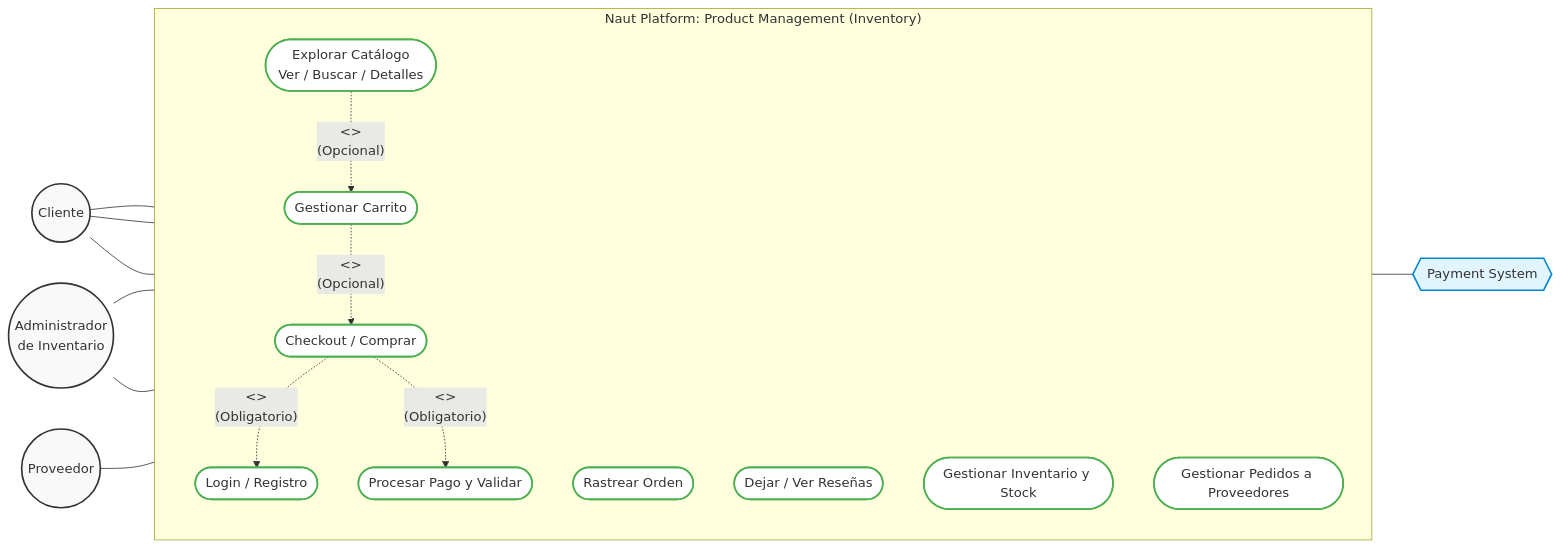
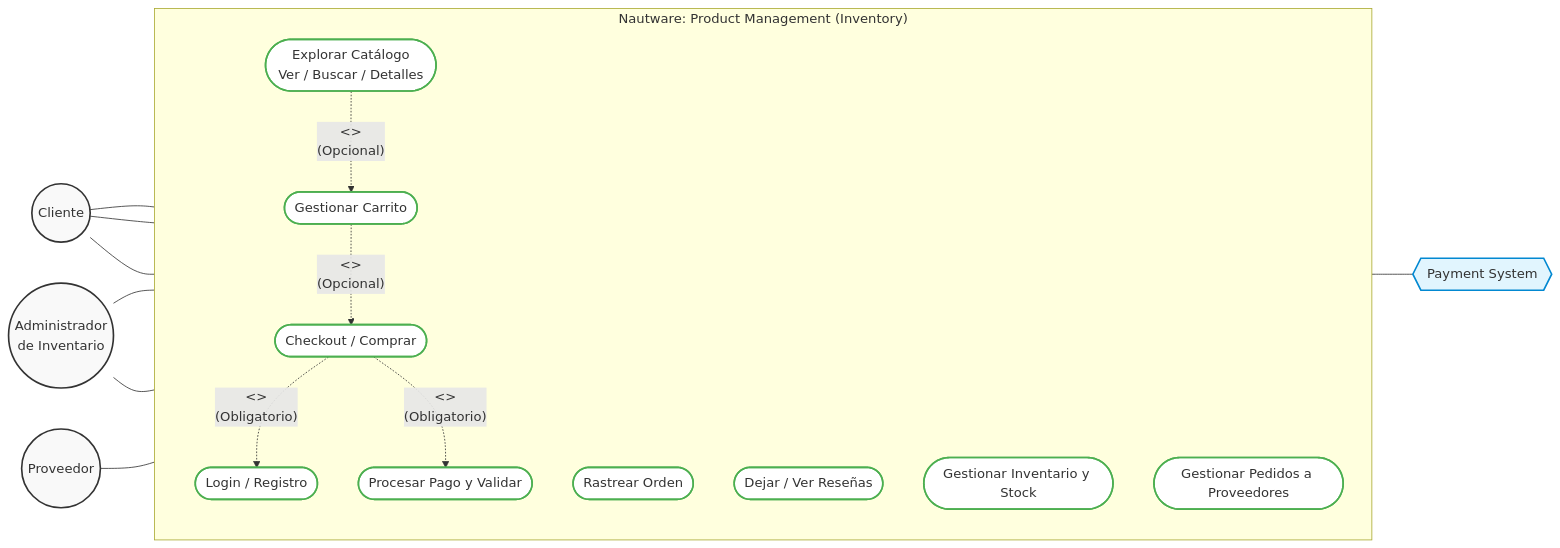
The diagram in docs/05_inventory_use_cases.md (Jpex131/Nautware), drawn with Mermaid before and after one commit. The commit also changed other lines of this file and 1 other file, not shown here.

Commit message:
docs: rename project to Nautware and integrate inventory use cases

````diff
--- a/docs/05_inventory_use_cases.md
+++ b/docs/05_inventory_use_cases.md
@@ -15,51 +15,51 @@
 ```mermaid
 flowchart LR
     %% Definición de estilos
     classDef actor fill:#f9f9f9,stroke:#333,stroke-width:2px;
     classDef system fill:#e1f5fe,stroke:#0288d1,stroke-width:2px;
     classDef usecase fill:#ffffff,stroke:#4caf50,stroke-width:2px;
 
     %% Actores
     Cliente((Cliente)):::actor
     Admin((Administrador\nde Inventario)):::actor
     Proveedor((Proveedor)):::actor
     PaymentSys{{Payment System}}:::system
 
     %% Frontera del Sistema
-    subgraph Naut_Platform ["Naut Platform: Product Management (Inventory)"]
+    subgraph Naut_Platform ["Nautware: Product Management (Inventory)"]
         direction TB
         
         %% Casos de Uso del Cliente
         UC_Catalogo([Explorar Catálogo\nVer / Buscar / Detalles]):::usecase
         UC_Cart([Gestionar Carrito]):::usecase
         UC_Checkout([Checkout / Comprar]):::usecase
         UC_Auth([Login / Registro]):::usecase
         UC_Track([Rastrear Orden]):::usecase
         UC_Review([Dejar / Ver Reseñas]):::usecase
 
         %% Casos de Uso del Admin
         UC_Stock([Gestionar Inventario y Stock]):::usecase
         UC_Restock([Gestionar Pedidos a Proveedores]):::usecase
         
         %% Procesos Internos
         UC_Pay([Procesar Pago y Validar]):::usecase
 
         %% Relaciones Lógicas (Include / Extend)
         UC_Catalogo -. "<<extend>>\n(Opcional)" .-> UC_Cart
         UC_Cart -. "<<extend>>\n(Opcional)" .-> UC_Checkout
         UC_Checkout -. "<<include>>\n(Obligatorio)" .-> UC_Auth
         UC_Checkout -. "<<include>>\n(Obligatorio)" .-> UC_Pay
     end
 
     %% Conexiones de Actores a Casos de Uso
     Cliente --- UC_Catalogo
     Cliente --- UC_Track
     Cliente --- UC_Review
 
     Admin --- UC_Stock
     Admin --- UC_Restock
     Proveedor --- UC_Restock
 
     %% Conexión a Sistemas Externos
     UC_Pay --- PaymentSys
 ```
````
